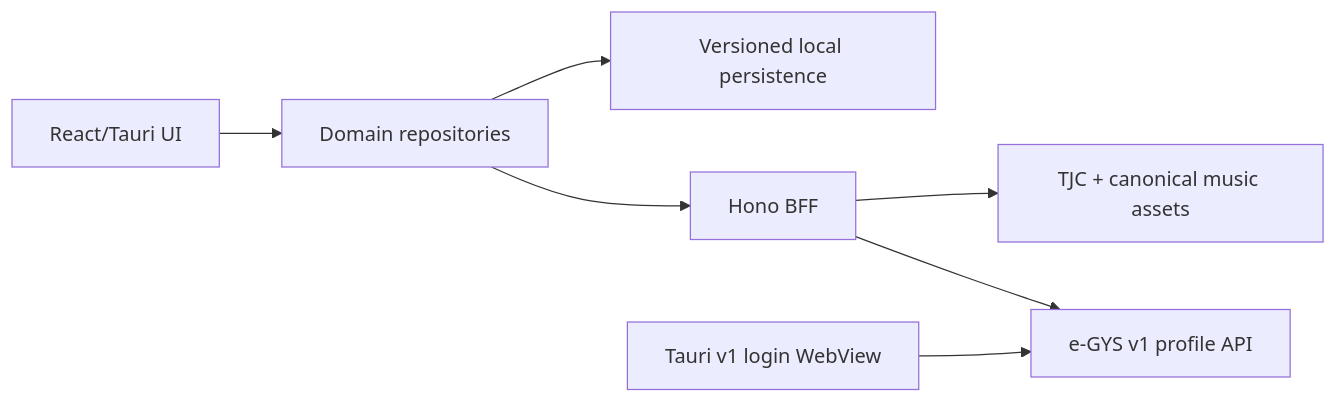
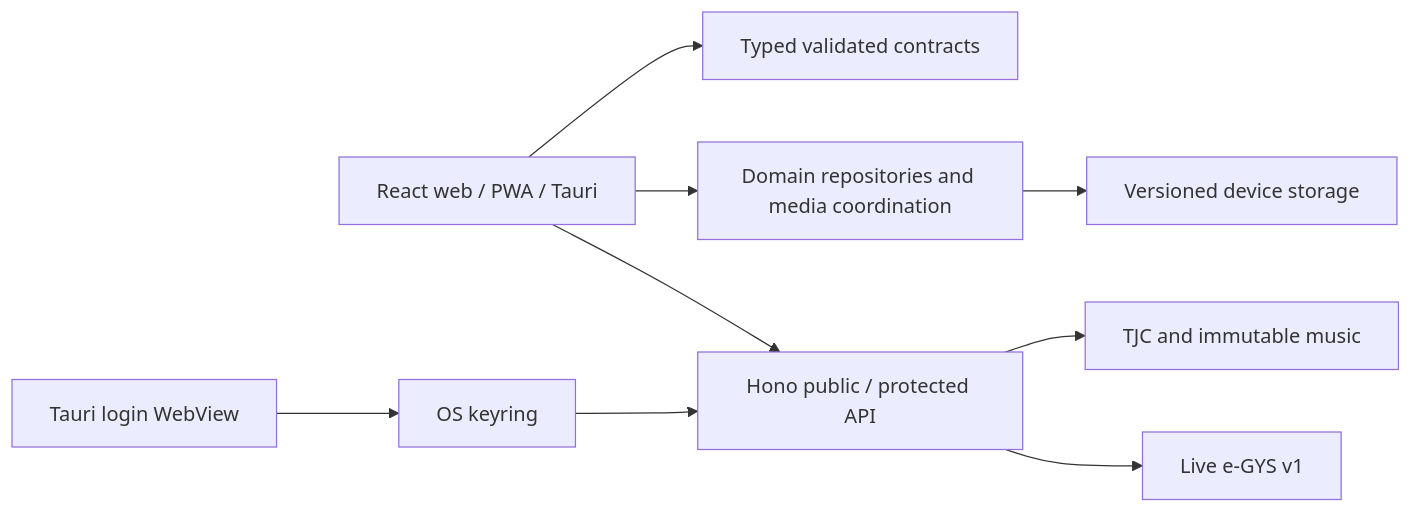
One commit to gyspnk/GYSApp-Tauri changed the first of 2 diagrams in README.md. Above: the diagram before and after it, drawn with Mermaid. The commit also changed other lines of this file and 140 other files, not shown here.

````diff
--- a/README.md
+++ b/README.md
@@ -41,9 +44,10 @@
 ```mermaid
 flowchart LR
-  UI[React/Tauri UI] --> DOMAIN[Domain repositories]
-  DOMAIN --> LOCAL[Versioned local persistence]
-  DOMAIN --> BFF[Hono BFF]
-  BFF --> CONTENT[TJC + canonical music assets]
-  BFF --> EGYS[e-GYS v1 profile API]
-  TAURI[Tauri v1 login WebView] --> EGYS
+  UI[React web / PWA / Tauri] --> CONTRACTS[Typed validated contracts]
+  UI --> DOMAIN[Domain repositories and media coordination]
+  DOMAIN --> LOCAL[Versioned device storage]
+  UI --> BFF[Hono public / protected API]
+  BFF --> CONTENT[TJC and immutable music]
+  BFF --> EGYS[Live e-GYS v1]
+  NATIVE[Tauri login WebView] --> KEYRING[OS keyring] --> BFF
 ```
````
